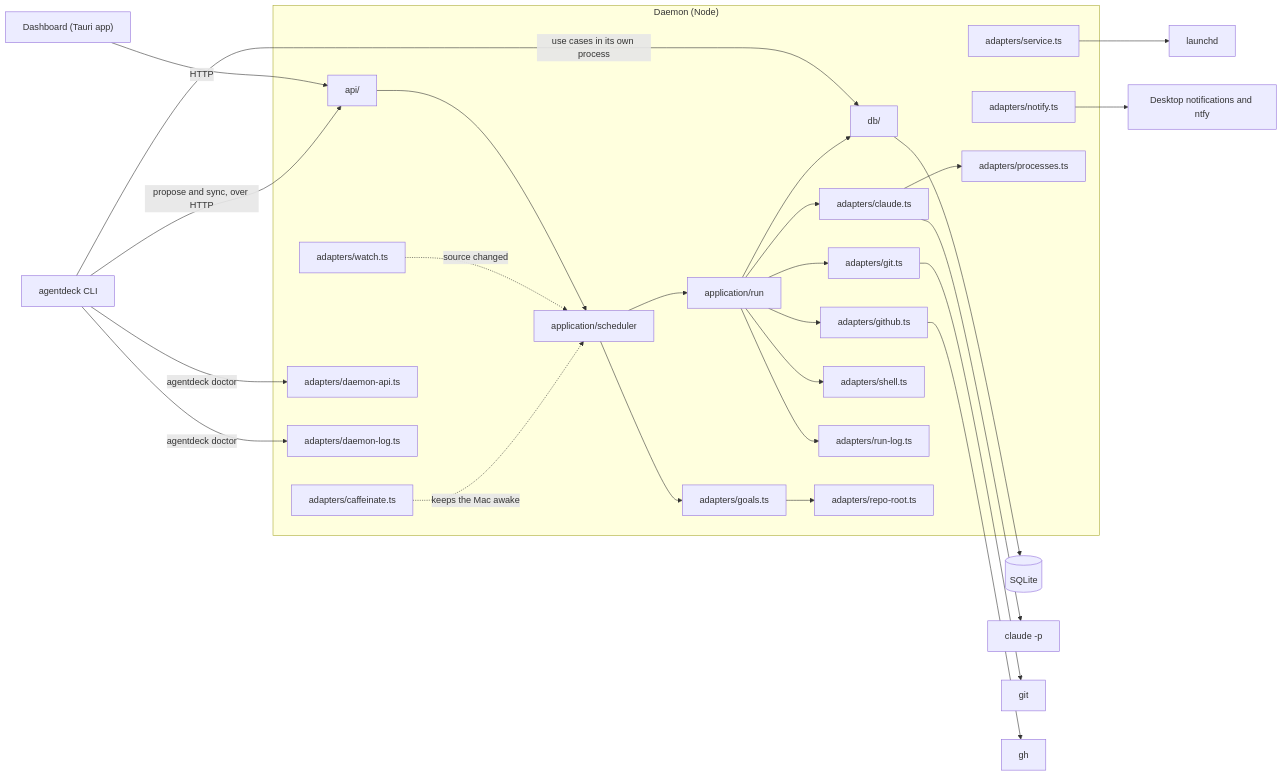
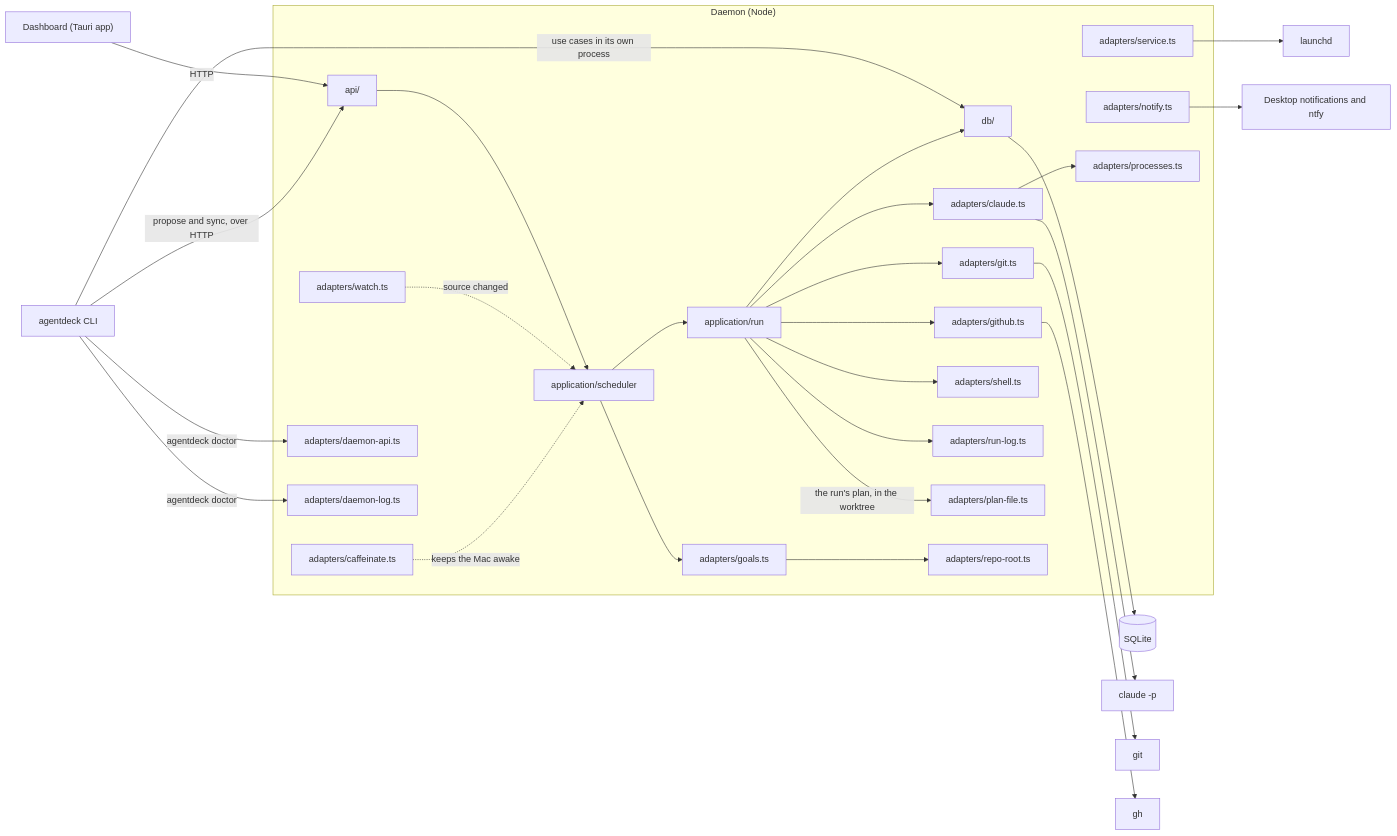
Before and after one commit to tomrobdev/agentdeck: the first of 5 diagrams in docs/architecture.md, drawn with Mermaid. The commit also changed other lines of this file and 39 other files, not shown here.

````diff
--- a/docs/architecture.md
+++ b/docs/architecture.md
@@ -7,52 +7,54 @@
 ```mermaid
 flowchart LR
   dashboard["Dashboard (Tauri app)"]
   cli["agentdeck CLI"]
   subgraph daemon["Daemon (Node)"]
     api["api/"]
     scheduler["application/scheduler"]
     worker["application/run"]
     db["db/"]
     claude["adapters/claude.ts"]
     git["adapters/git.ts"]
     github["adapters/github.ts"]
     service["adapters/service.ts"]
     notify["adapters/notify.ts"]
     processes["adapters/processes.ts"]
     shell["adapters/shell.ts"]
     runlog["adapters/run-log.ts"]
+    planfile["adapters/plan-file.ts"]
     goals["adapters/goals.ts"]
     reporoot["adapters/repo-root.ts"]
     watch["adapters/watch.ts"]
     caffeinate["adapters/caffeinate.ts"]
     daemonapi["adapters/daemon-api.ts"]
     daemonlog["adapters/daemon-log.ts"]
   end
   sqlite[("SQLite")]
   claudecli["claude -p"]
   gitbin["git"]
   ghbin["gh"]
   launchd["launchd"]
   notifications["Desktop notifications and ntfy"]
   dashboard -- HTTP --> api
   cli -- "use cases in its own process" --> db
   cli -- "propose and sync, over HTTP" --> api
   api --> scheduler
   scheduler --> worker
   worker --> db
   db --> sqlite
   worker --> claude --> claudecli
   worker --> git --> gitbin
   worker --> github --> ghbin
   worker --> shell
   claude --> processes
   worker --> runlog
+  worker -- "the run's plan, in the worktree" --> planfile
   scheduler --> goals
   goals --> reporoot
   service --> launchd
   notify --> notifications
   watch -. "source changed" .-> scheduler
   caffeinate -. "keeps the Mac awake" .-> scheduler
   cli -- "agentdeck doctor" --> daemonapi
   cli -- "agentdeck doctor" --> daemonlog
 ```
````
